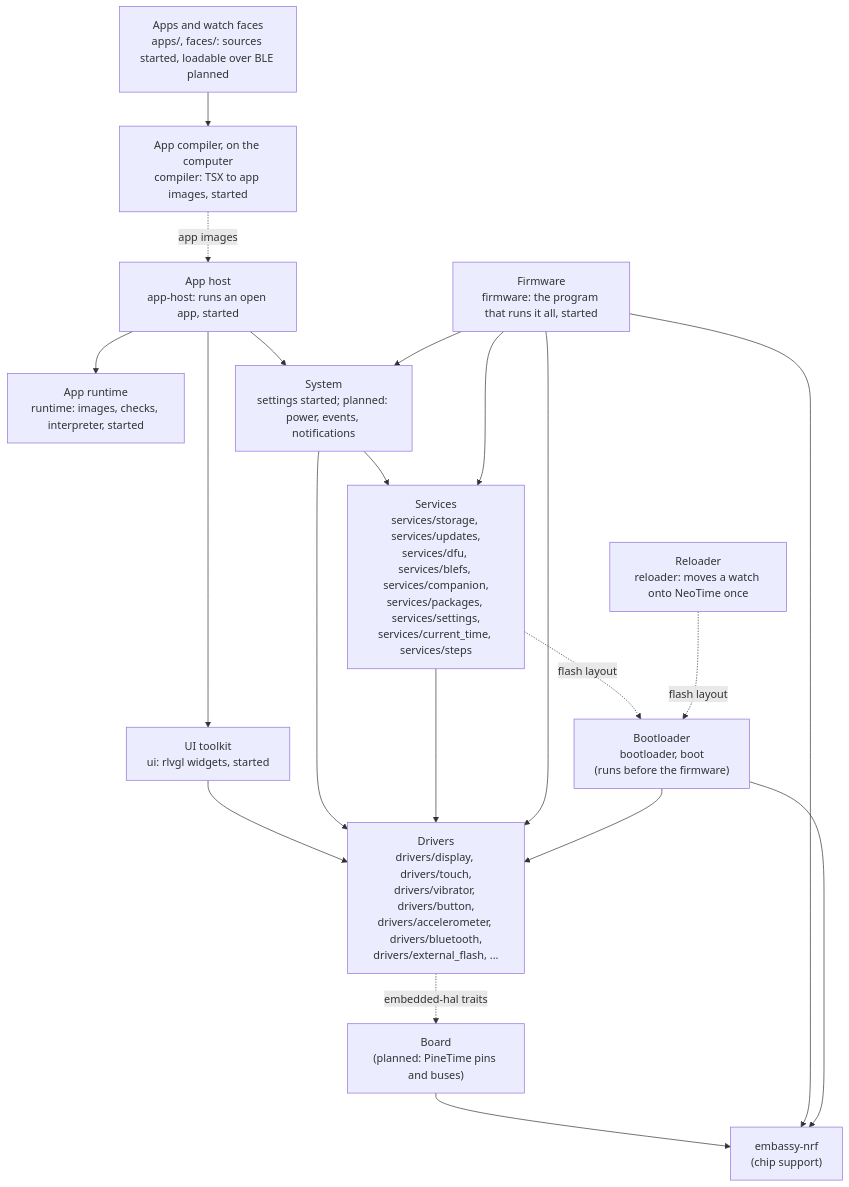
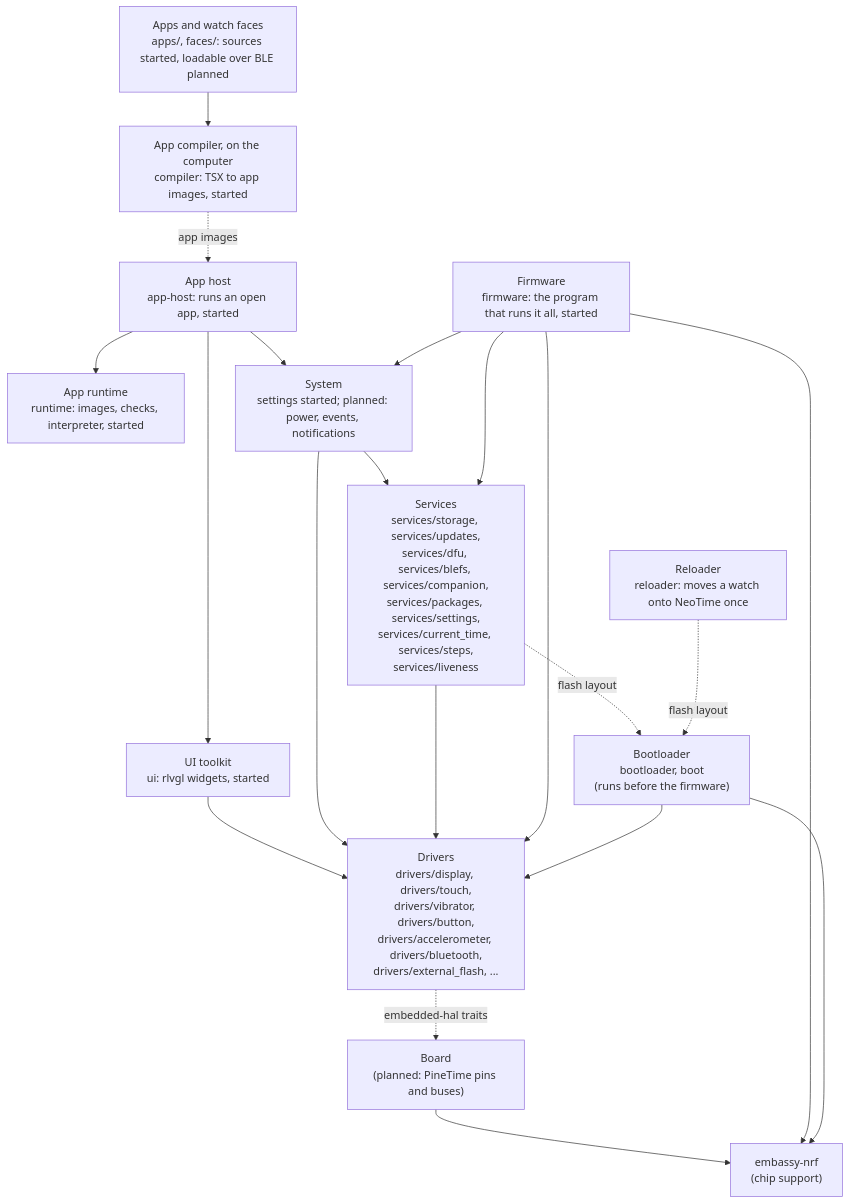
One commit to BeatLink/BattleTime changed the diagram in docs/architecture.md. Above: the diagram before and after it, drawn with Mermaid. The commit also changed other lines of this file and 15 other files, not shown here.

````diff
--- a/docs/architecture.md
+++ b/docs/architecture.md
@@ -28,38 +28,38 @@
 ```mermaid
 flowchart TB
     apps["Apps and watch faces<br/>apps/, faces/: sources started, loadable over BLE planned"]
     host["App host<br/>app-host: runs an open app, started"]
     compiler["App compiler, on the computer<br/>compiler: TSX to app images, started"]
     runtime["App runtime<br/>runtime: images, checks, interpreter, started"]
     ui["UI toolkit<br/>ui: rlvgl widgets, started"]
     system["System<br/>settings started; planned: power, events, notifications"]
-    services["Services<br/>services/storage, services/updates,<br/>services/dfu, services/blefs, services/companion,<br/>services/packages, services/settings,<br/>services/current_time, services/steps"]
+    services["Services<br/>services/storage, services/updates,<br/>services/dfu, services/blefs, services/companion,<br/>services/packages, services/settings,<br/>services/current_time, services/steps,<br/>services/liveness"]
     drivers["Drivers<br/>drivers/display, drivers/touch,<br/>drivers/vibrator, drivers/button,<br/>drivers/accelerometer, drivers/bluetooth,<br/>drivers/external_flash, ..."]
     board["Board<br/>(planned: PineTime pins and buses)"]
     hal["embassy-nrf<br/>(chip support)"]
 
     apps --> compiler
     compiler -. app images .-> host
     host --> runtime
     host --> ui
     host --> system
     ui --> drivers
     system --> services
     system --> drivers
     services --> drivers
     drivers -. embedded-hal traits .-> board
     board --> hal
 
     firmware["Firmware<br/>firmware: the program that runs it all, started"]
     firmware --> system
     firmware --> services
     firmware --> drivers
     firmware --> hal
 
     bootloader["Bootloader<br/>bootloader, boot<br/>(runs before the firmware)"]
     bootloader --> drivers
     bootloader --> hal
     services -. flash layout .-> bootloader
     reloader["Reloader<br/>reloader: moves a watch onto NeoTime once"]
     reloader -. flash layout .-> bootloader
 ```
````
